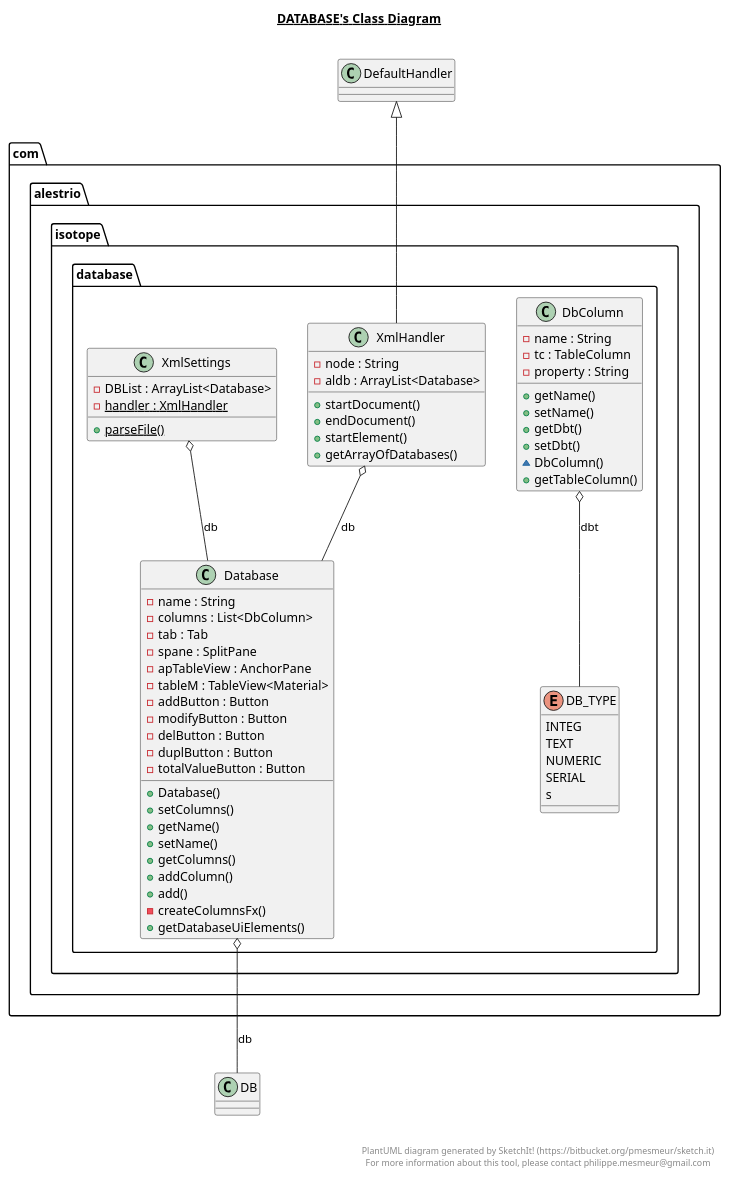
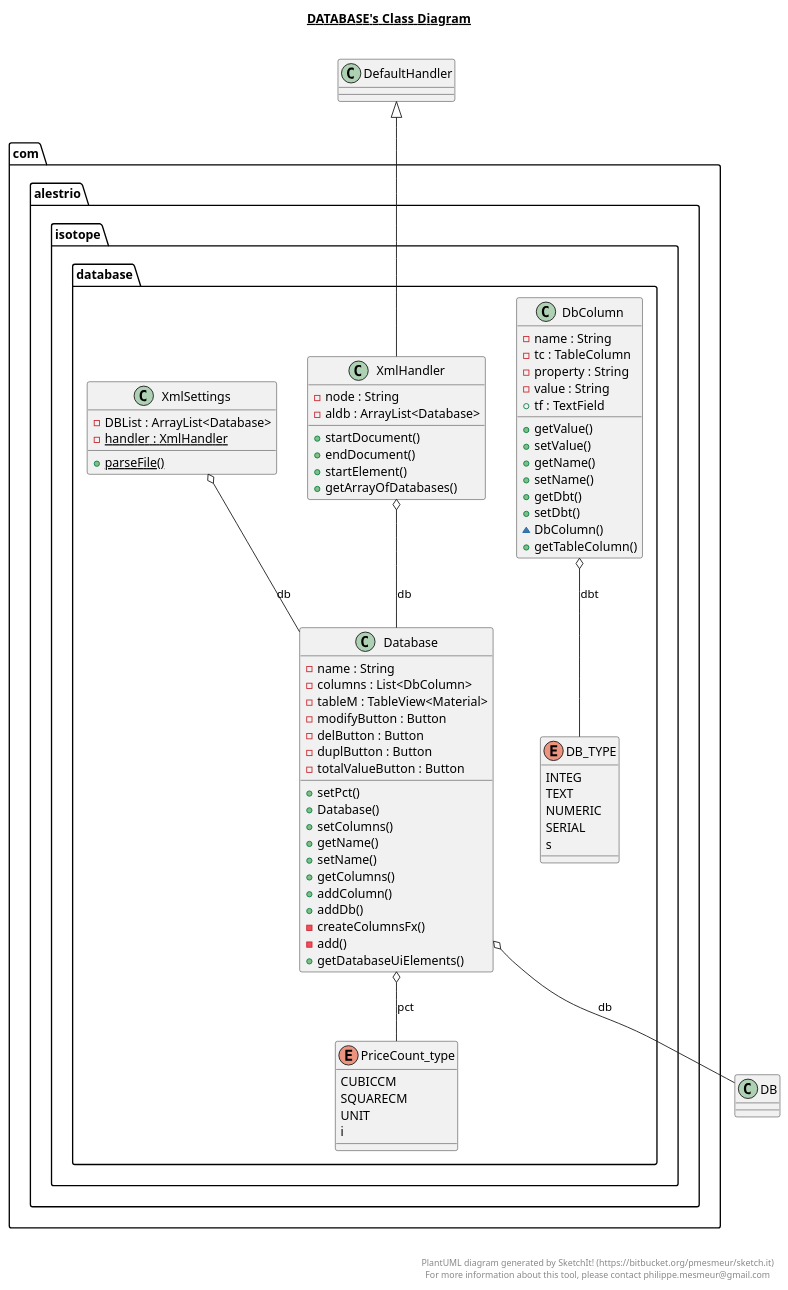
The diagram in Isotope/src/com/alestrio/isotope/database/database.plantuml (Alestrio/Isotope-StockManager), drawn with PlantUML before and after one commit. The commit also changed 8 other files, not shown here.

```diff
--- a/Isotope/src/com/alestrio/isotope/database/database.plantuml
+++ b/Isotope/src/com/alestrio/isotope/database/database.plantuml
@@ -1,102 +1,117 @@
 @startuml
 
 title __DATABASE's Class Diagram__\n
 
   package com.alestrio.isotope {
     package com.alestrio.isotope.database {
       enum DB_TYPE {
         INTEG
         TEXT
         NUMERIC
         SERIAL
         s
       }
     }
   }
   
 
   package com.alestrio.isotope {
     package com.alestrio.isotope.database {
       class Database {
           - name : String
           - columns : List<DbColumn>
-          - tab : Tab
-          - spane : SplitPane
-          - apTableView : AnchorPane
           - tableM : TableView<Material>
-          - addButton : Button
           - modifyButton : Button
           - delButton : Button
           - duplButton : Button
           - totalValueButton : Button
+          + setPct()
           + Database()
           + setColumns()
           + getName()
           + setName()
           + getColumns()
           + addColumn()
-          + add()
+          + addDb()
           - createColumnsFx()
+          - add()
           + getDatabaseUiElements()
       }
     }
   }
   
 
   package com.alestrio.isotope {
     package com.alestrio.isotope.database {
       class DbColumn {
           - name : String
           - tc : TableColumn
           - property : String
+          - value : String
+          + tf : TextField
+          + getValue()
+          + setValue()
           + getName()
           + setName()
           + getDbt()
           + setDbt()
           ~ DbColumn()
           + getTableColumn()
+      }
+    }
+  }
+  
+
+  package com.alestrio.isotope {
+    package com.alestrio.isotope.database {
+      enum PriceCount_type {
+        CUBICCM
+        SQUARECM
+        UNIT
+        i
       }
     }
   }
   
 
   package com.alestrio.isotope {
     package com.alestrio.isotope.database {
       class XmlHandler {
           - node : String
           - aldb : ArrayList<Database>
           + startDocument()
           + endDocument()
           + startElement()
           + getArrayOfDatabases()
       }
     }
   }
   
 
   package com.alestrio.isotope {
     package com.alestrio.isotope.database {
       class XmlSettings {
           - DBList : ArrayList<Database>
           {static} - handler : XmlHandler
           {static} + parseFile()
       }
     }
   }
   
 
   Database o-- DB : db
+  Database o-- PriceCount_type : pct
   DbColumn o-- DB_TYPE : dbt
   XmlHandler -up-|> DefaultHandler
   XmlHandler o-- Database : db
   XmlSettings o-- Database : db
 
 
 right footer
 
 
 PlantUML diagram generated by SketchIt! (https://bitbucket.org/pmesmeur/sketch.it)
 For more information about this tool, please contact philippe.mesmeur@gmail.com
 endfooter
 
 @enduml
```
